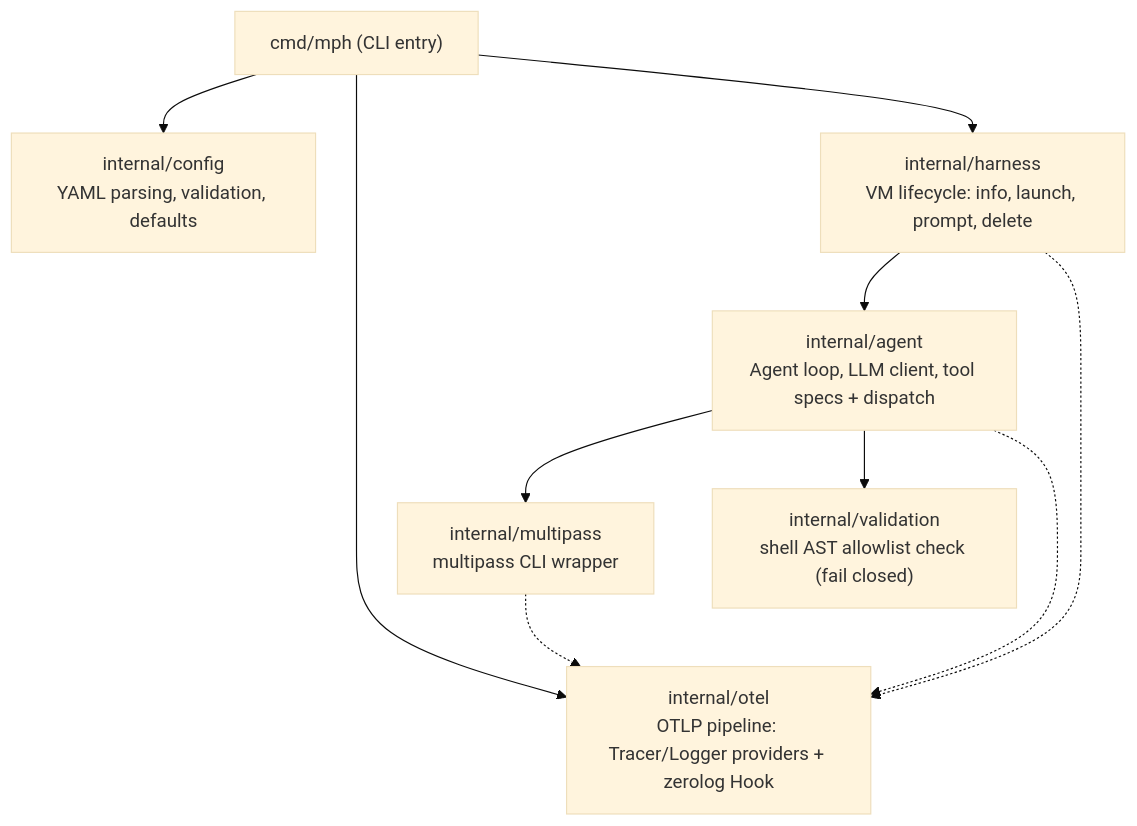
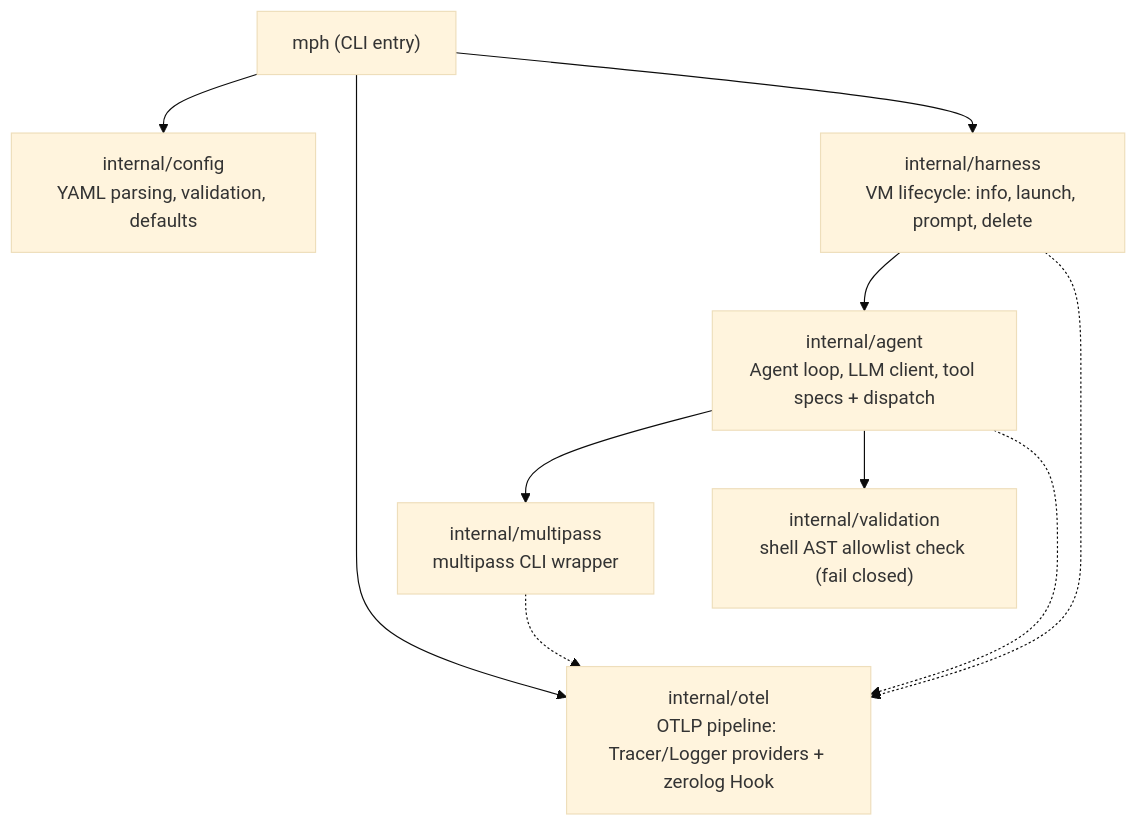
One commit to trollLemon/MPHarness changed the first of 2 diagrams in docs/reference/arch.md. Above: the diagram before and after it, drawn with Mermaid (base theme). The commit also changed other lines of this file and 9 other files, not shown here.

````diff
--- a/docs/reference/arch.md
+++ b/docs/reference/arch.md
@@ -11,20 +11,20 @@
 ```mermaid
 flowchart TD
-    CLI["cmd/mph (CLI entry)"]
+    CLI["mph (CLI entry)"]
     CONF["internal/config<br/>YAML parsing, validation, defaults"]
     OTEL["internal/otel<br/>OTLP pipeline: Tracer/Logger providers + zerolog Hook"]
     AGENT["internal/agent<br/>Agent loop, LLM client, tool specs + dispatch"]
     HARNESS["internal/harness<br/>VM lifecycle: info, launch, prompt, delete"]
     MULTIPASS["internal/multipass<br/>multipass CLI wrapper"]
     VALIDATE["internal/validation<br/>shell AST allowlist check (fail closed)"]
 
     CLI --> CONF
     CLI --> OTEL
     CLI --> HARNESS
     HARNESS --> AGENT
     AGENT --> MULTIPASS
     AGENT --> VALIDATE
     HARNESS -.-> OTEL
     AGENT -.-> OTEL
     MULTIPASS -.-> OTEL
 ```
````
